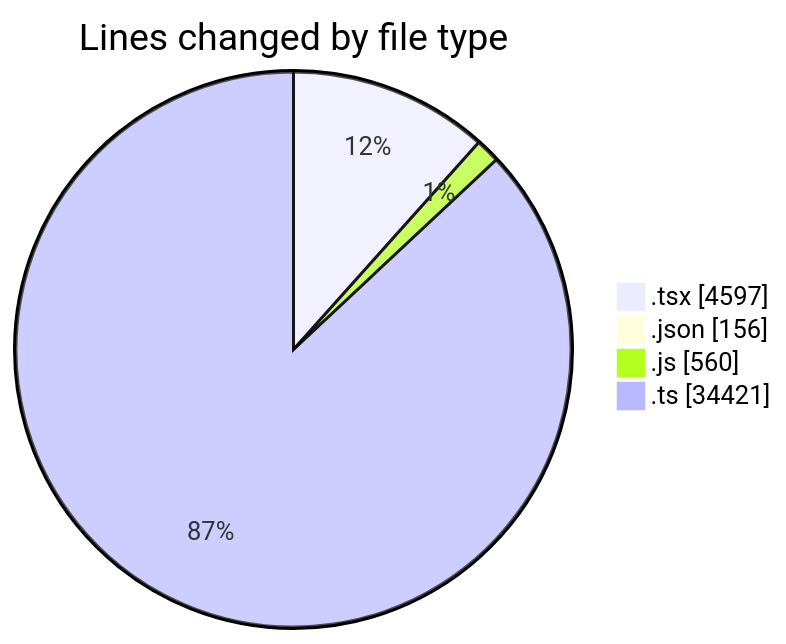
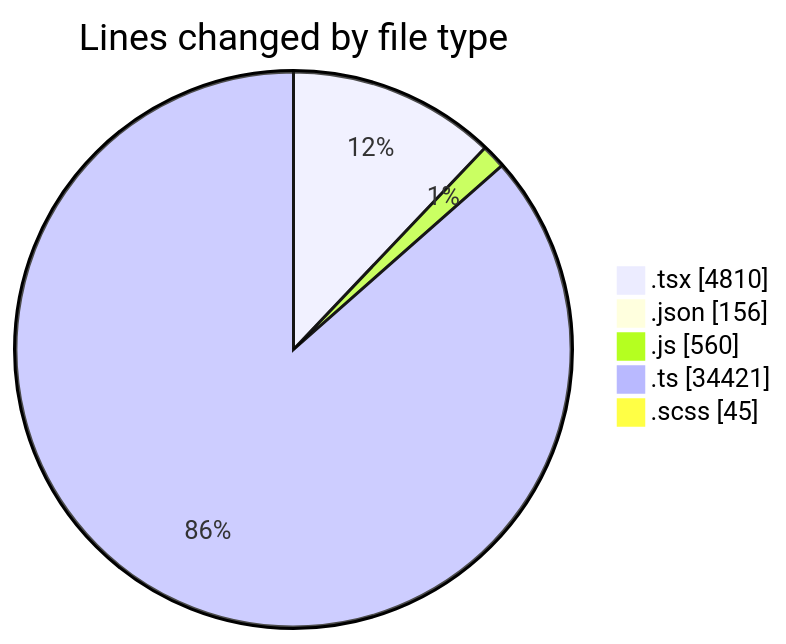
The first of 2 diagrams in 2025-11-10/cda/README.md (momahboobian/code-tracking), drawn with Mermaid before and after one commit. The commit also changed other lines of this file and 1 other file, not shown here.

````diff
--- a/2025-11-10/cda/README.md
+++ b/2025-11-10/cda/README.md
@@ -43,8 +45,9 @@
 ```mermaid
 pie showData
 title Lines changed by file type
-".tsx" : 4597
+".tsx" : 4810
 ".json" : 156
 ".js" : 560
 ".ts" : 34421
+".scss" : 45
 ```
````
